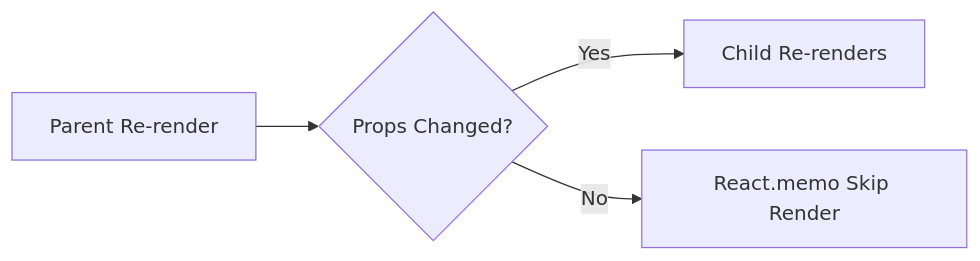
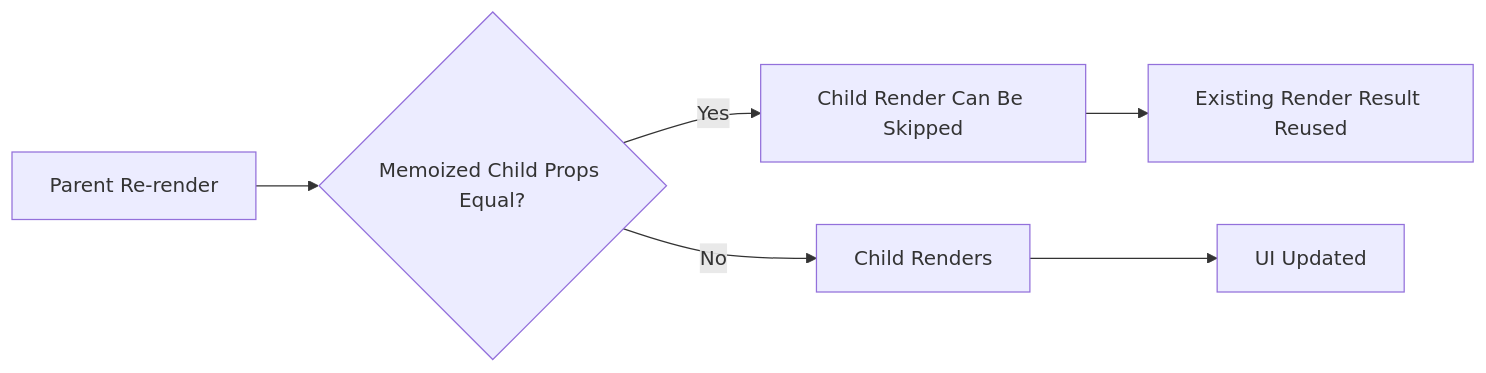
The diagram in tutorial-platform/public/tutorials/react/day-057-react-memo.md (kaushalkumar8459/CodingTerminal-Tutorial-Notes), drawn with Mermaid before and after one commit. The commit also changed other lines of this file, not shown here.

Commit message:
Enhance Day 57 React.memo content without changing structure

````diff
--- a/tutorial-platform/public/tutorials/react/day-057-react-memo.md
+++ b/tutorial-platform/public/tutorials/react/day-057-react-memo.md
@@ -179,6 +247,8 @@
 ```mermaid
 flowchart LR
-		A[Parent Re-render] --> B{Props Changed?}
-		B -->|Yes| C[Child Re-renders]
-		B -->|No| D[React.memo Skip Render]
+		A[Parent Re-render] --> B{Memoized Child Props Equal?}
+		B -->|Yes| C[Child Render Can Be Skipped]
+		B -->|No| D[Child Renders]
+		D --> E[UI Updated]
+		C --> F[Existing Render Result Reused]
 ```
````
